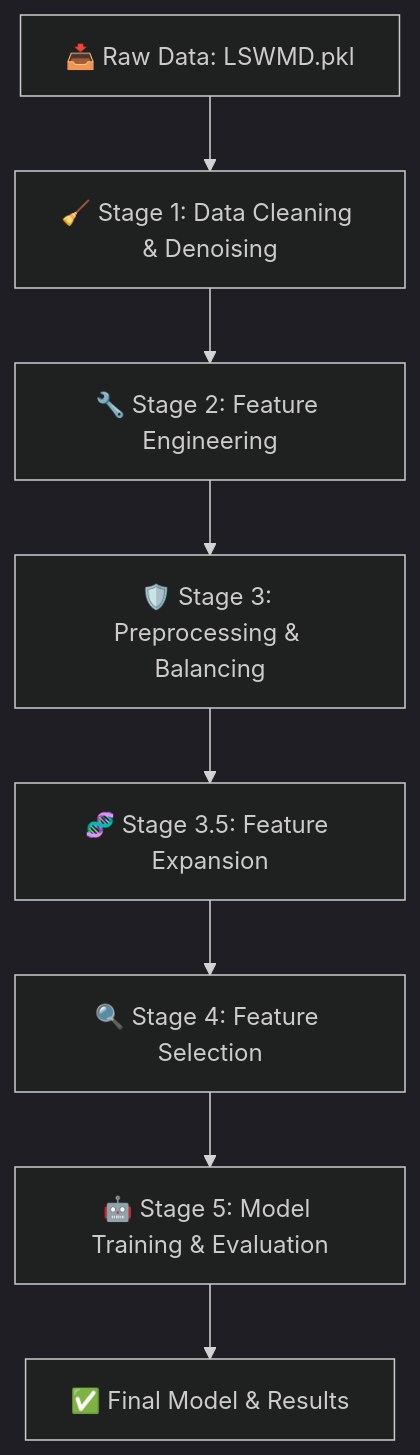
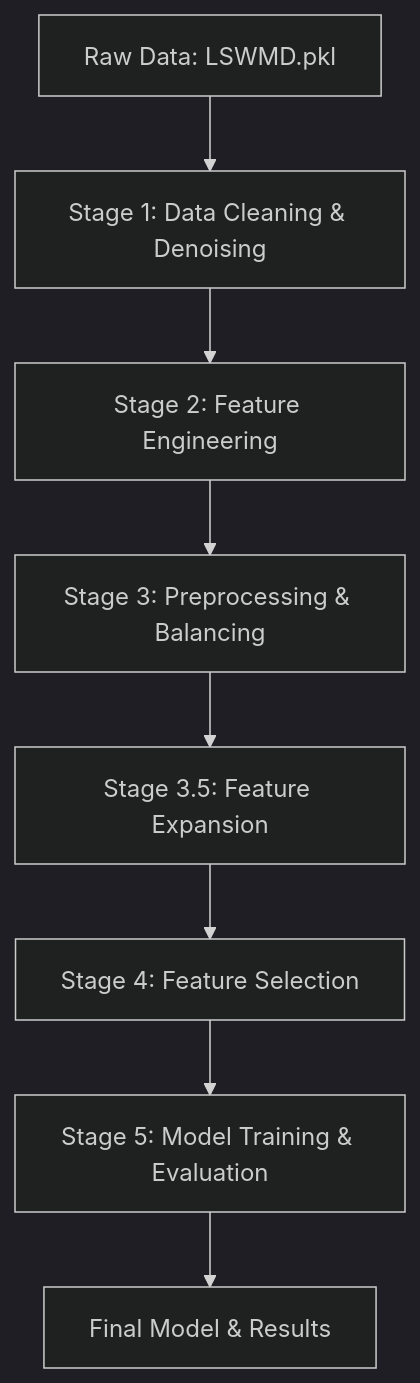
One commit to mohamadfirdaussz/Wafer-defect-classificassion-using-machine-learning-project changed the diagram in README.md. Above: the diagram before and after it, drawn with Mermaid (dark theme). The commit also changed other lines of this file and 1 other file, not shown here.

````diff
--- a/README.md
+++ b/README.md
@@ -100,10 +115,10 @@
 ```mermaid
 graph TB
-    A[📥 Raw Data: LSWMD.pkl] --> B[🧹 Stage 1: Data Cleaning & Denoising]
-    B --> C[🔧 Stage 2: Feature Engineering]
-    C --> D[🛡️ Stage 3: Preprocessing & Balancing]
-    D --> E[🧬 Stage 3.5: Feature Expansion]
-    E --> F[🔍 Stage 4: Feature Selection]
-    F --> G[🤖 Stage 5: Model Training & Evaluation]
-    G --> H[✅ Final Model & Results]
+    A[Raw Data: LSWMD.pkl] --> B[Stage 1: Data Cleaning & Denoising]
+    B --> C[Stage 2: Feature Engineering]
+    C --> D[Stage 3: Preprocessing & Balancing]
+    D --> E[Stage 3.5: Feature Expansion]
+    E --> F[Stage 4: Feature Selection]
+    F --> G[Stage 5: Model Training & Evaluation]
+    G --> H[Final Model & Results]
 ```
````
